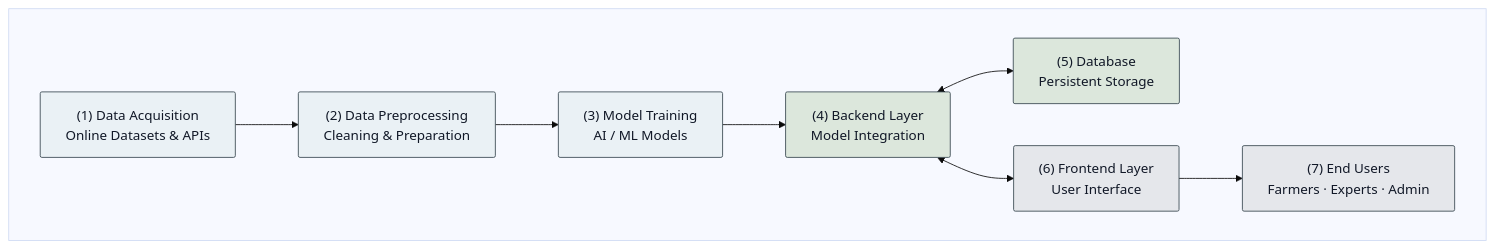
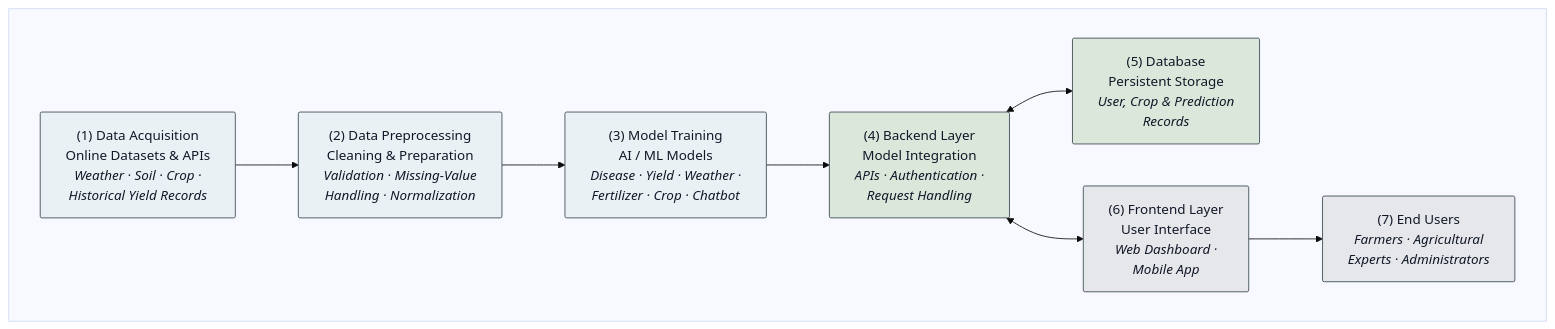
Before and after one commit to mohinideshmukh765/FarmGuide: the diagram in README.md, drawn with Mermaid (base theme). The commit also changed other lines of this file, not shown here.

Commit message:
Enhance README with detailed architecture explanation
Expanded descriptions for each component in the architecture diagram and clarified the system's functionality.

````diff
--- a/README.md
+++ b/README.md
@@ -1,27 +1,27 @@
 ```mermaid
 flowchart LR
   subgraph ARCH[" "]
     direction LR
 
-    A["(1) Data Acquisition<br/>Online Datasets & APIs"]
-    B["(2) Data Preprocessing<br/>Cleaning & Preparation"]
-    C["(3) Model Training<br/>AI / ML Models"]
-    D["(4) Backend Layer<br/>Model Integration"]
-    E["(5) Database<br/>Persistent Storage"]
-    F["(6) Frontend Layer<br/>User Interface"]
-    G["(7) End Users<br/>Farmers · Experts · Admin"]
+    A["(1) Data Acquisition<br/>Online Datasets & APIs<br/><i>Weather · Soil · Crop ·<br/>Historical Yield Records</i>"]
+    B["(2) Data Preprocessing<br/>Cleaning & Preparation<br/><i>Validation · Missing-Value<br/>Handling · Normalization</i>"]
+    C["(3) Model Training<br/>AI / ML Models<br/><i>Disease · Yield · Weather ·<br/>Fertilizer · Crop · Chatbot</i>"]
+    D["(4) Backend Layer<br/>Model Integration<br/><i>APIs · Authentication ·<br/>Request Handling</i>"]
+    E["(5) Database<br/>Persistent Storage<br/><i>User, Crop & Prediction<br/>Records</i>"]
+    F["(6) Frontend Layer<br/>User Interface<br/><i>Web Dashboard ·<br/>Mobile App</i>"]
+    G["(7) End Users<br/><i>Farmers · Agricultural<br/>Experts · Administrators</i>"]
 
     A --> B --> C --> D
     D <--> E
     D <--> F
     F --> G
   end
 
   classDef stage fill:#EAF1F5,color:#111827,stroke:#37474F,stroke-width:1px,rx:2,ry:2;
   classDef core fill:#DCE7DC,color:#111827,stroke:#37474F,stroke-width:1px,rx:2,ry:2;
   classDef user fill:#E5E7EB,color:#111827,stroke:#37474F,stroke-width:1px,rx:2,ry:2;
 
   class A,B,C stage;
   class D,E core;
   class F,G user;
 ```
````
